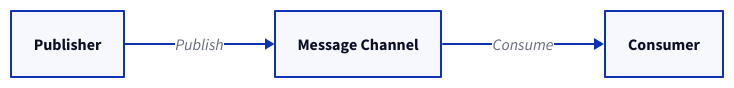
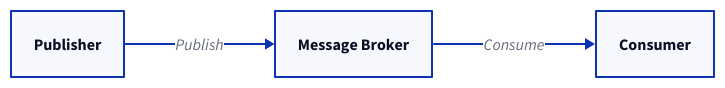
One commit to link1905/system-design-101 changed diagram 12 of 15 in content/docs/web-service/microservice.md. Above: the diagram before and after it, drawn with D2. The commit also changed other lines of this file and 31 other files, not shown here.

````diff
--- a/content/docs/web-service/microservice.md
+++ b/content/docs/web-service/microservice.md
@@ -520,14 +520,14 @@
 ```d2
 direction: right
 p: Publisher {
   class: server
 }
-m: Message Channel {
+m: Message Broker {
   class: mq
 }
 c: Consumer {
   class: server
 }
 p -> m: Publish
 c <- m: Consume
 ```
````
